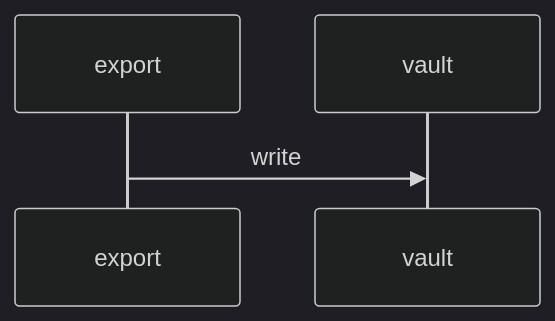
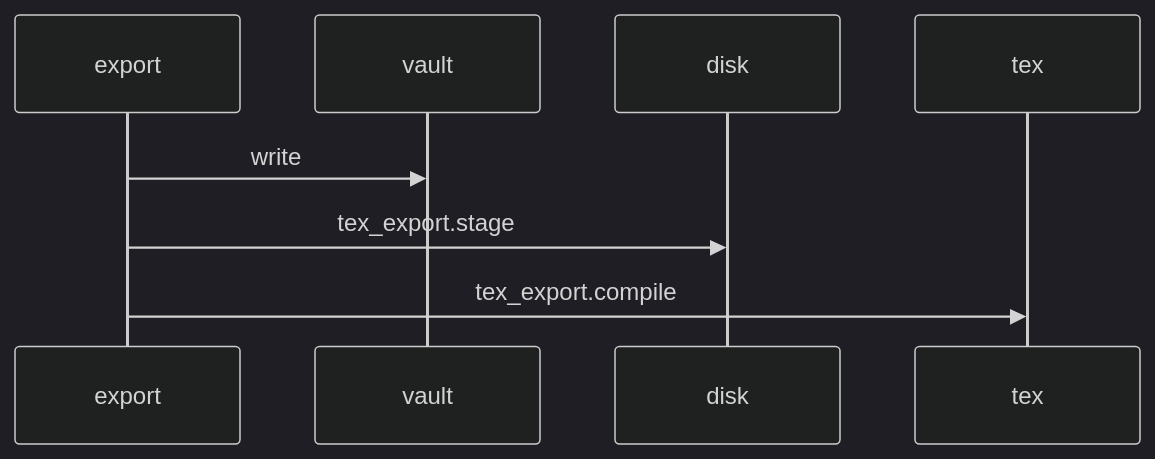
Before and after one commit to rabalyn/shale: the diagram in docs/dataflow/tex-book.md, drawn with Mermaid (dark theme). The commit also changed other lines of this file and 16 other files, not shown here.

First line of the commit message:
Dataflow: a flow shows the shared steps its code calls, caldav_conflict recorded (DEV-026, DEV-027, DEV-028)

````diff
--- a/docs/dataflow/tex-book.md
+++ b/docs/dataflow/tex-book.md
@@ -8,6 +8,10 @@
 ```mermaid
 sequenceDiagram
     participant export
     participant vault
+    participant disk
+    participant tex
     export->>vault: write
+    export->>disk: tex_export.stage
+    export->>tex: tex_export.compile
 ```
````
